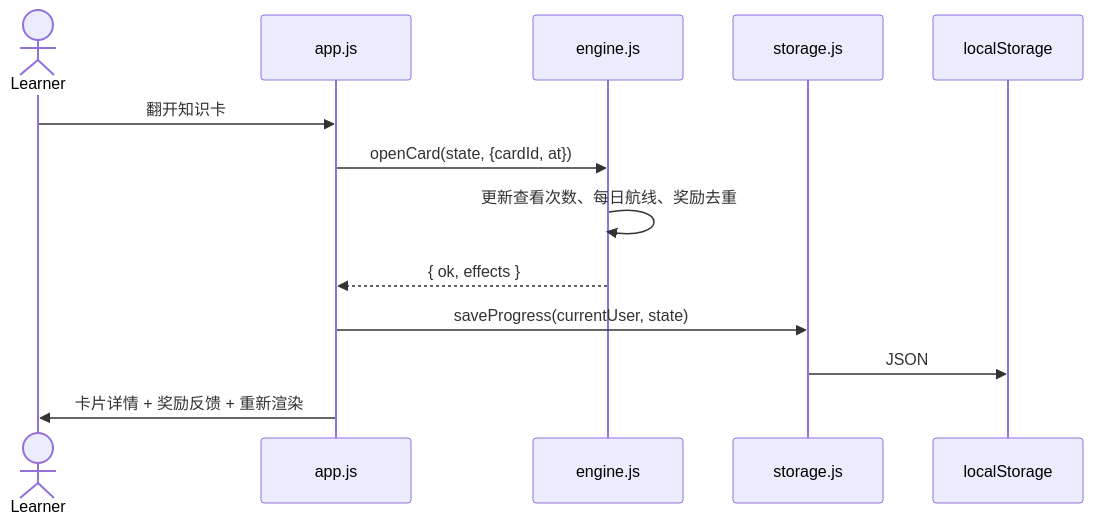
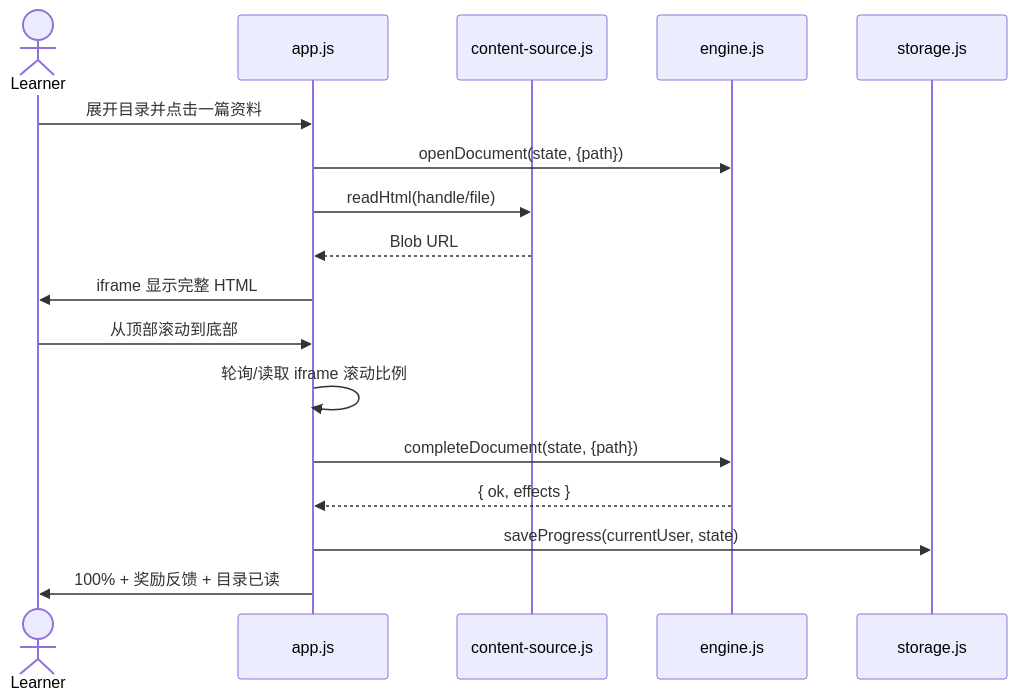
One commit to TommyDucx/zhiyu-study-camp changed the second of 2 diagrams in dist/docs/ARCHITECTURE.md. Above: the diagram before and after it, drawn with Mermaid. The commit also changed other lines of this file and 42 other files, not shown here.

First line of the commit message:
feat: turn library into a full review reader with local content

````diff
--- a/dist/docs/ARCHITECTURE.md
+++ b/dist/docs/ARCHITECTURE.md
@@ -89,16 +91,20 @@
 ```mermaid
 sequenceDiagram
   actor Learner
   participant UI as app.js
+  participant Source as content-source.js
   participant Engine as engine.js
   participant Store as storage.js
-  participant Browser as localStorage
 
-  Learner->>UI: 翻开知识卡
-  UI->>Engine: openCard(state, {cardId, at})
-  Engine->>Engine: 更新查看次数、每日航线、奖励去重
+  Learner->>UI: 展开目录并点击一篇资料
+  UI->>Engine: openDocument(state, {path})
+  UI->>Source: readHtml(handle/file)
+  Source-->>UI: Blob URL
+  UI->>Learner: iframe 显示完整 HTML
+  Learner->>UI: 从顶部滚动到底部
+  UI->>UI: 轮询/读取 iframe 滚动比例
+  UI->>Engine: completeDocument(state, {path})
   Engine-->>UI: { ok, effects }
   UI->>Store: saveProgress(currentUser, state)
-  Store->>Browser: JSON
-  UI->>Learner: 卡片详情 + 奖励反馈 + 重新渲染
+  UI->>Learner: 100% + 奖励反馈 + 目录已读
 ```
````
